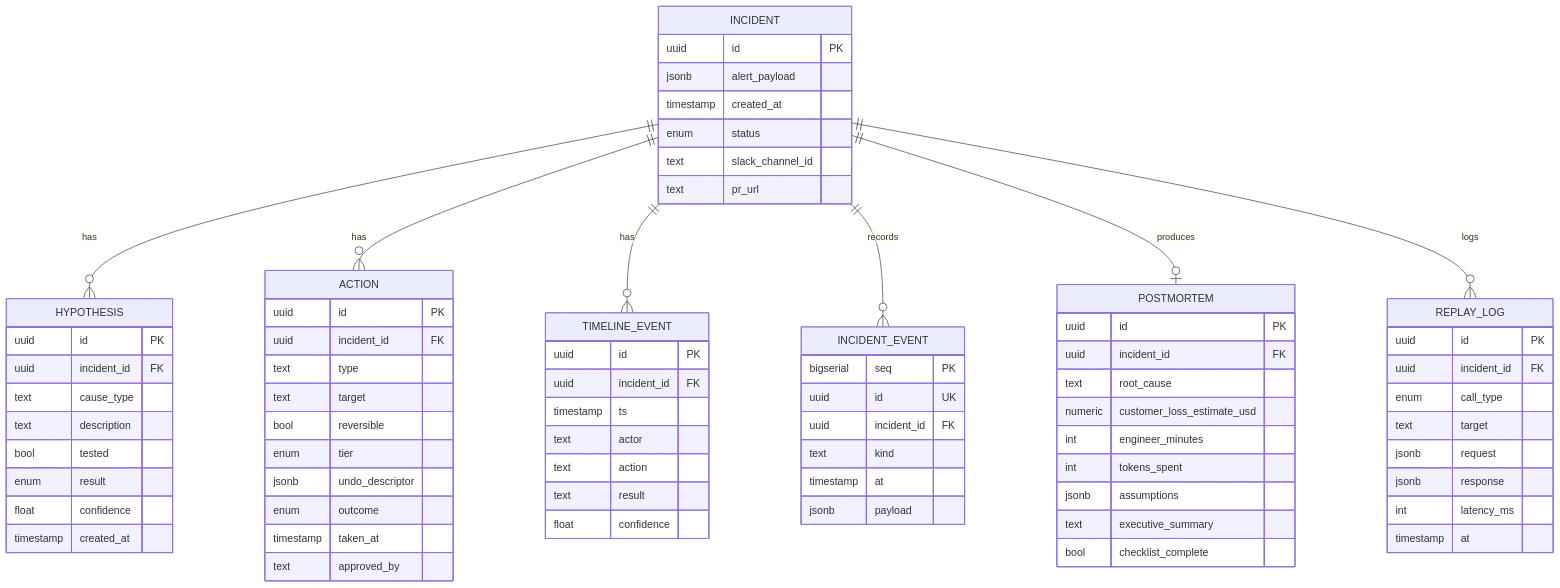
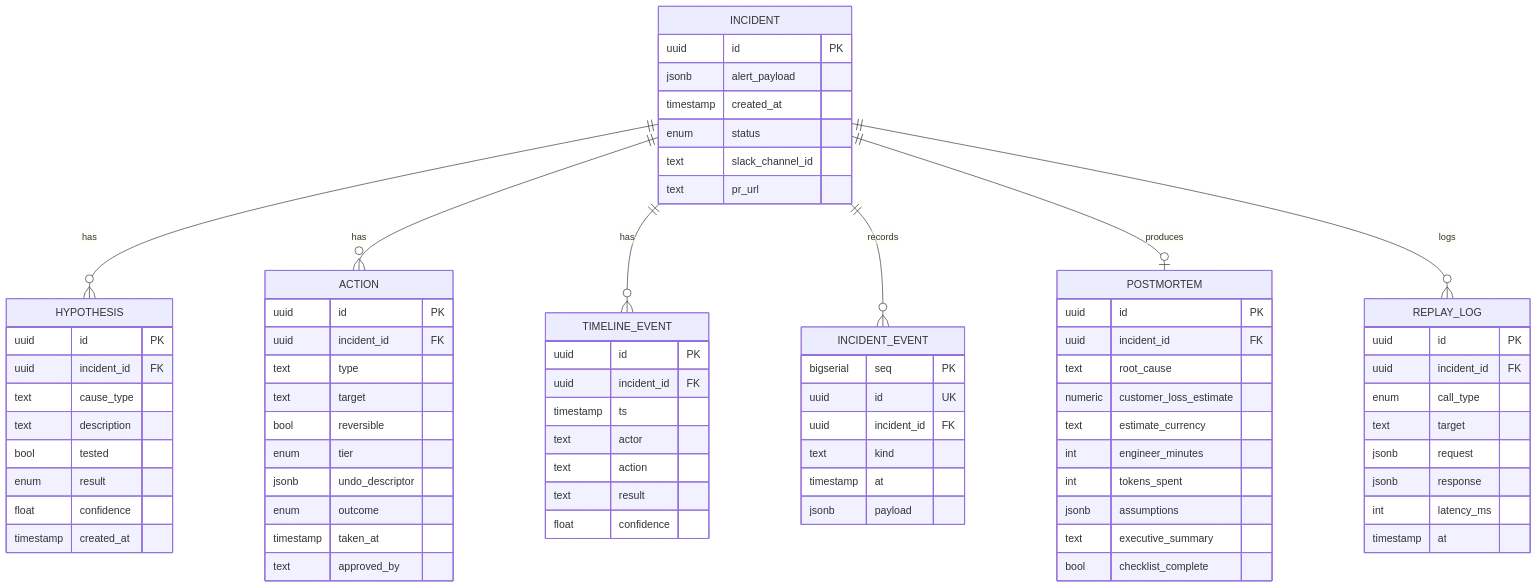
Before and after one commit to ohadraz/Argus: the fourth of 5 diagrams in docs/spec-and-architecture.md, drawn with Mermaid. The commit also changed other lines of this file and 52 other files, not shown here.

````diff
--- a/docs/spec-and-architecture.md
+++ b/docs/spec-and-architecture.md
@@ -280,78 +280,79 @@
 ```mermaid
 erDiagram
     INCIDENT ||--o{ HYPOTHESIS : has
     INCIDENT ||--o{ ACTION : has
     INCIDENT ||--o{ TIMELINE_EVENT : has
     INCIDENT ||--o{ INCIDENT_EVENT : records
     INCIDENT ||--o| POSTMORTEM : produces
     INCIDENT ||--o{ REPLAY_LOG : logs
 
     INCIDENT {
         uuid id PK
         jsonb alert_payload
         timestamp created_at
         enum status
         text slack_channel_id
         text pr_url
     }
     HYPOTHESIS {
         uuid id PK
         uuid incident_id FK
         text cause_type
         text description
         bool tested
         enum result
         float confidence
         timestamp created_at
     }
     ACTION {
         uuid id PK
         uuid incident_id FK
         text type
         text target
         bool reversible
         enum tier
         jsonb undo_descriptor
         enum outcome
         timestamp taken_at
         text approved_by
     }
     TIMELINE_EVENT {
         uuid id PK
         uuid incident_id FK
         timestamp ts
         text actor
         text action
         text result
         float confidence
     }
     INCIDENT_EVENT {
         bigserial seq PK
         uuid id UK
         uuid incident_id FK
         text kind
         timestamp at
         jsonb payload
     }
     POSTMORTEM {
         uuid id PK
         uuid incident_id FK
         text root_cause
-        numeric customer_loss_estimate_usd
+        numeric customer_loss_estimate
+        text estimate_currency
         int engineer_minutes
         int tokens_spent
         jsonb assumptions
         text executive_summary
         bool checklist_complete
     }
     REPLAY_LOG {
         uuid id PK
         uuid incident_id FK
         enum call_type
         text target
         jsonb request
         jsonb response
         int latency_ms
         timestamp at
     }
 ```
````
